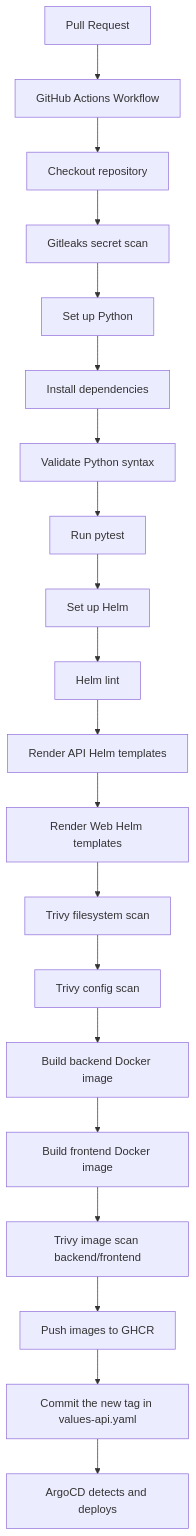
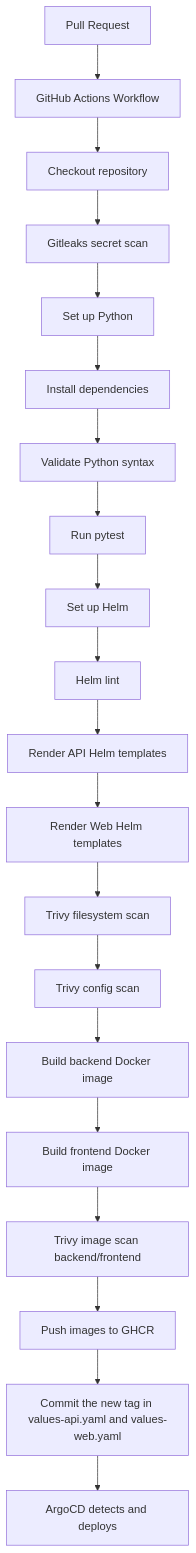
One commit to oscarHidalgo93/devops-project changed the third of 4 diagrams in README.en.md. Above: the diagram before and after it, drawn with Mermaid. The commit also changed other lines of this file and 1 other file, not shown here.

````diff
--- a/README.en.md
+++ b/README.en.md
@@ -850,22 +850,22 @@
 ```mermaid
 flowchart TD
     PR[Pull Request] --> Workflow[GitHub Actions Workflow]
     Workflow --> Checkout[Checkout repository]
     Checkout --> Gitleaks[Gitleaks secret scan]
     Gitleaks --> Python[Set up Python]
     Python --> Dependencies[Install dependencies]
     Dependencies --> Syntax[Validate Python syntax]
     Syntax --> Tests[Run pytest]
     Tests --> HelmSetup[Set up Helm]
     HelmSetup --> HelmLint[Helm lint]
     HelmLint --> RenderAPI[Render API Helm templates]
     RenderAPI --> RenderWeb[Render Web Helm templates]
     RenderWeb --> TrivyFS[Trivy filesystem scan]
     TrivyFS --> TrivyConfig[Trivy config scan]
     TrivyConfig --> BuildBackend[Build backend Docker image]
     BuildBackend --> BuildFrontend[Build frontend Docker image]
     BuildFrontend --> TrivyImages[Trivy image scan backend/frontend]
     TrivyImages --> PushGHCR[Push images to GHCR]
-    PushGHCR --> UpdateTag[Commit the new tag in values-api.yaml]
+    PushGHCR --> UpdateTag[Commit the new tag in values-api.yaml and values-web.yaml]
     UpdateTag --> ArgoCD[ArgoCD detects and deploys]
 ```
````
